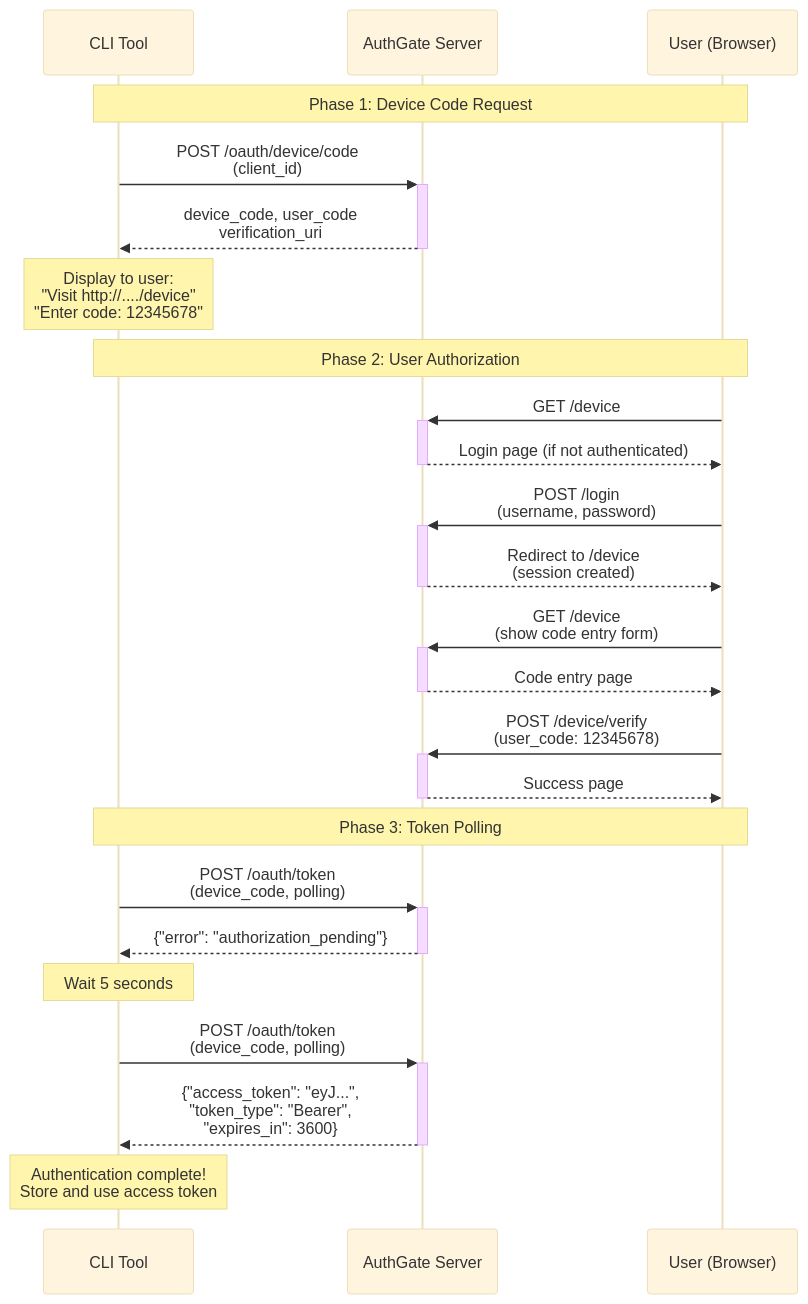
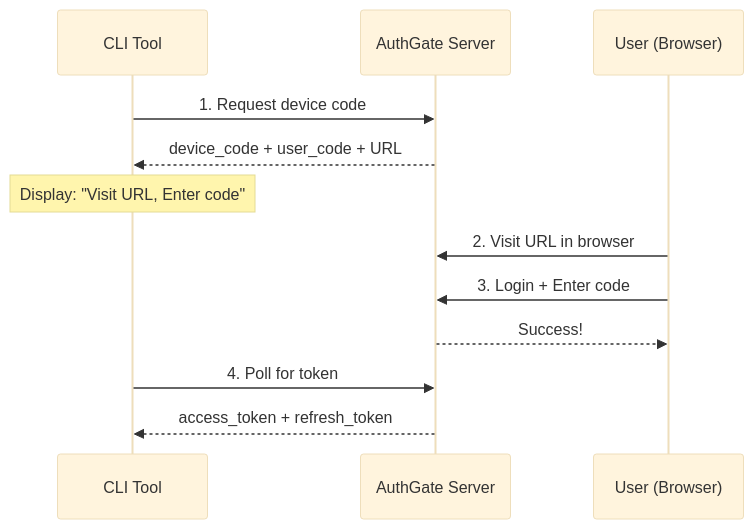
The diagram in README.md (go-authgate/authgate), drawn with Mermaid (base theme) before and after one commit. The commit also changed other lines of this file and 9 other files, not shown here.

````diff
--- a/README.md
+++ b/README.md
@@ -462,36 +179,18 @@
 ```mermaid
 sequenceDiagram
     participant CLI as CLI Tool
     participant AuthGate as AuthGate Server
     participant User as User (Browser)
 
-    Note over CLI,User: Phase 1: Device Code Request
-    CLI->>+AuthGate: POST /oauth/device/code<br/>(client_id)
-    AuthGate-->>-CLI: device_code, user_code<br/>verification_uri
+    CLI->>AuthGate: 1. Request device code
+    AuthGate-->>CLI: device_code + user_code + URL
 
-    Note over CLI: Display to user:<br/>"Visit http://..../device"<br/>"Enter code: 12345678"
+    Note over CLI: Display: "Visit URL, Enter code"
 
-    Note over CLI,User: Phase 2: User Authorization
-    User->>+AuthGate: GET /device
-    AuthGate-->>-User: Login page (if not authenticated)
+    User->>AuthGate: 2. Visit URL in browser
+    User->>AuthGate: 3. Login + Enter code
+    AuthGate-->>User: Success!
 
-    User->>+AuthGate: POST /login<br/>(username, password)
-    AuthGate-->>-User: Redirect to /device<br/>(session created)
-
-    User->>+AuthGate: GET /device<br/>(show code entry form)
-    AuthGate-->>-User: Code entry page
-
-    User->>+AuthGate: POST /device/verify<br/>(user_code: 12345678)
-    AuthGate-->>-User: Success page
-
-    Note over CLI,User: Phase 3: Token Polling
-    CLI->>+AuthGate: POST /oauth/token<br/>(device_code, polling)
-    AuthGate-->>-CLI: {"error": "authorization_pending"}
-
-    Note over CLI: Wait 5 seconds
-
-    CLI->>+AuthGate: POST /oauth/token<br/>(device_code, polling)
-    AuthGate-->>-CLI: {"access_token": "eyJ...",<br/>"token_type": "Bearer",<br/>"expires_in": 3600}
-
-    Note over CLI: Authentication complete!<br/>Store and use access token
+    CLI->>AuthGate: 4. Poll for token
+    AuthGate-->>CLI: access_token + refresh_token
 ```
````
